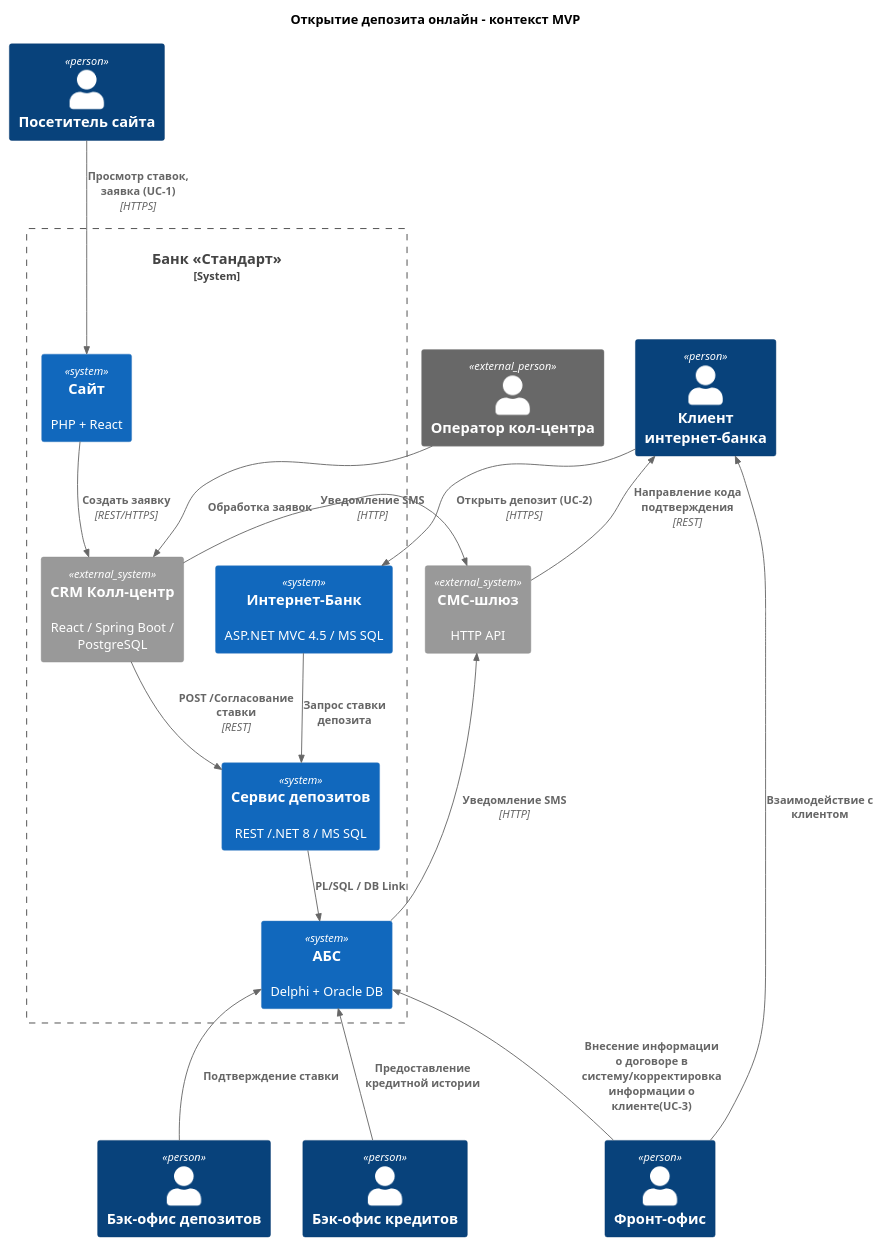
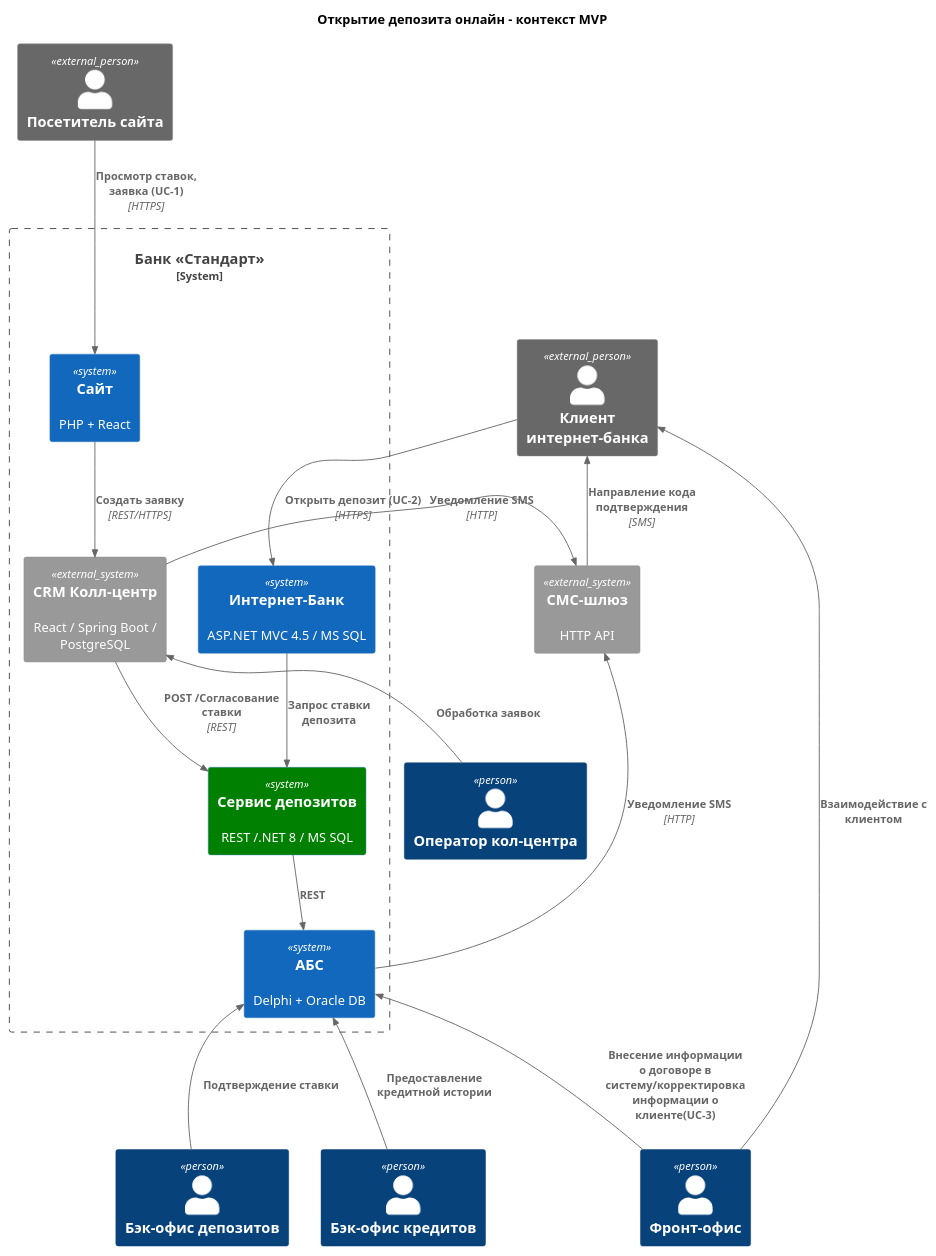
Before and after one commit to Rzr18/architecture-standart: the diagram in Task3/С4_Context.puml, drawn with PlantUML. The commit also changed 3 other files, not shown here.

```diff
--- a/Task3/С4_Context.puml
+++ b/Task3/С4_Context.puml
@@ -1,39 +1,40 @@
 @startuml context
 !include https://raw.githubusercontent.com/plantuml-stdlib/C4-PlantUML/master/C4_Context.puml
 title Открытие депозита онлайн – контекст MVP
 
-Person(visitor, "Посетитель сайта")
-Person(client,  "Клиент интернет-банка")
-Person_Ext(cc_agent,"Оператор кол-центра")
+Person(cc_agent,"Оператор кол-центра")
+Person_Ext(visitor, "Посетитель сайта")
+Person_Ext(client,  "Клиент интернет-банка")
+
 Person(fo_dep,  "Фронт-офис")
 Person(bo_dep,  "Бэк-офис депозитов")
 Person(bo_cred,  "Бэк-офис кредитов")
 
 System_Ext(sms,     "СМС-шлюз", "HTTP API")
 
 System_Boundary(bank, "Банк «Стандарт»") {
 
   System(ib,          "Интернет-Банк", "ASP.NET MVC 4.5 / MS SQL")
   System(site,    "Сайт", "PHP + React")
   System_Ext(crm,     "CRM Колл-центр", "React / Spring Boot / PostgreSQL")
-  System(deposit_api, "Сервис депозитов", "REST /.NET 8 / MS SQL")
+  System(deposit_api, "Сервис депозитов", "REST /.NET 8 / MS SQL") #green
 
   System(abs, "АБС", "Delphi + Oracle DB") 
 }
 
 Rel_D(visitor,   site,        "Просмотр ставок, заявка (UC-1)", "HTTPS")
 Rel(site,      crm,         "Создать заявку",                    "REST/HTTPS")
-Rel(cc_agent,  crm,         "Обработка заявок")
+Rel_U(cc_agent,  crm,         "Обработка заявок")
 Rel(crm,       deposit_api, "POST /Согласование ставки",      "REST")
 Rel_D(client,    ib,          "Открыть депозит (UC-2)",         "HTTPS")
 Rel_D(ib,        deposit_api, "Запрос ставки депозита")
-Rel(deposit_api, abs,   "PL/SQL / DB Link")
+Rel(deposit_api, abs,   "REST")
 Rel_U(bo_dep,    abs,     "Подтверждение ставки")
 Rel_U(bo_cred,    abs,     "Предоставление кредитной истории")
 Rel_U(fo_dep,    abs,     "Внесение информации о договоре в систему/корректировка информации о клиенте(UC-3)")
 Rel_U(fo_dep,    client,     "Взаимодействие с клиентом")
 Rel_L(abs,   sms,         "Уведомление SMS",                "HTTP")
 Rel_L(crm,   sms,         "Уведомление SMS",                "HTTP")
-Rel_U(sms,   client,          "Направление кода подтверждения",                "REST")
+Rel_U(sms,   client,          "Направление кода подтверждения",                "SMS")
 
 @enduml
```
